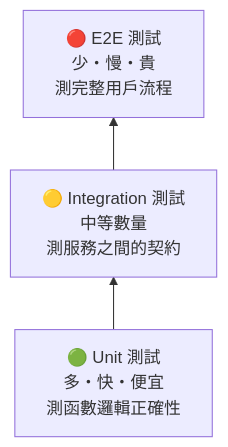
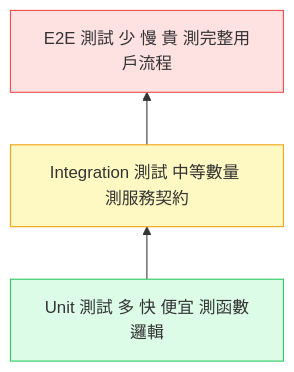
One commit to jimmyhong065/jimmy-hong-portfolio changed the diagram in docs/drafts/unit-test-100-but-qa-finds-bugs.md. Above: the diagram before and after it, drawn with Mermaid. The commit also changed 28 other files, not shown here.

````diff
--- a/docs/drafts/unit-test-100-but-qa-finds-bugs.md
+++ b/docs/drafts/unit-test-100-but-qa-finds-bugs.md
@@ -77,7 +77,10 @@
 ```mermaid
 flowchart BT
-    U["🟢 Unit 測試\n多・快・便宜\n測函數邏輯正確性"]
-    I["🟡 Integration 測試\n中等數量\n測服務之間的契約"]
-    E["🔴 E2E 測試\n少・慢・貴\n測完整用戶流程"]
+    U[Unit 測試 多 快 便宜 測函數邏輯]
+    I[Integration 測試 中等數量 測服務契約]
+    E[E2E 測試 少 慢 貴 測完整用戶流程]
     U --> I --> E
+    style U fill:#dcfce7,stroke:#22c55e
+    style I fill:#fef9c3,stroke:#f59e0b
+    style E fill:#fee2e2,stroke:#ef4444
 ```
````
